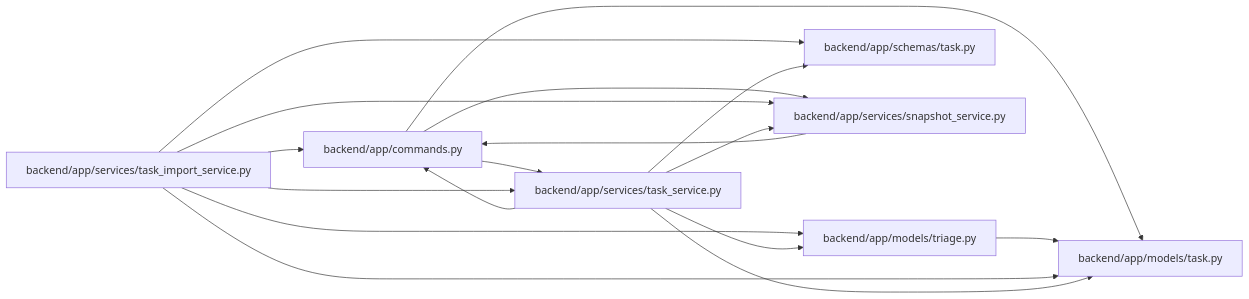
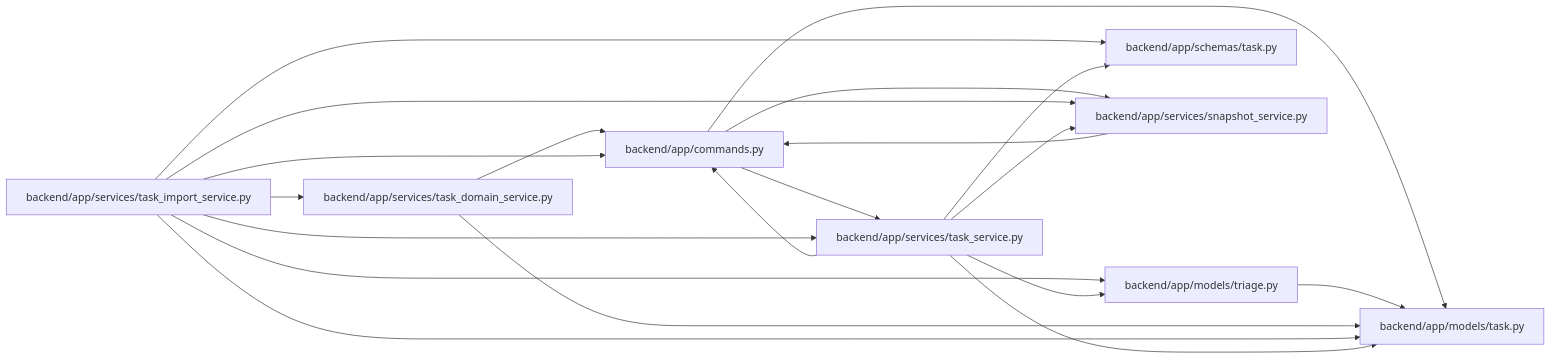
Before and after one commit to Denissvgn/WorkChord: the diagram in docs/llm_wiki/modules/task_import_service.md, drawn with Mermaid. The commit also changed other lines of this file and 1238 other files, not shown here.

First line of the commit message:
docs(wiki): publish compact canonical domain architecture

````diff
--- a/docs/llm_wiki/modules/task_import_service.md
+++ b/docs/llm_wiki/modules/task_import_service.md
@@ -26,33 +27,38 @@
 ```mermaid
 flowchart LR
     n0["backend/app/commands.py"]
     n1["backend/app/models/task.py"]
     n2["backend/app/models/triage.py"]
     n3["backend/app/schemas/task.py"]
     n4["backend/app/services/snapshot_service.py"]
-    n5["backend/app/services/task_import_service.py"]
-    n6["backend/app/services/task_service.py"]
+    n5["backend/app/services/task_domain_service.py"]
+    n6["backend/app/services/task_import_service.py"]
+    n7["backend/app/services/task_service.py"]
     n0 --> n1
     n0 --> n4
-    n0 --> n6
+    n0 --> n7
     n2 --> n1
     n4 --> n0
     n5 --> n0
     n5 --> n1
-    n5 --> n2
-    n5 --> n3
-    n5 --> n4
-    n5 --> n6
     n6 --> n0
     n6 --> n1
     n6 --> n2
     n6 --> n3
     n6 --> n4
+    n6 --> n5
+    n6 --> n7
+    n7 --> n0
+    n7 --> n1
+    n7 --> n2
+    n7 --> n3
+    n7 --> n4
     click n0 "../modules/commands.md"
     click n1 "../modules/models_task.md"
     click n2 "../modules/models_triage.md"
     click n3 "../modules/schemas_task.md"
     click n4 "../modules/snapshot_service.md"
-    click n5 "../modules/task_import_service.md"
-    click n6 "../modules/task_service.md"
+    click n5 "../modules/task_domain_service.md"
+    click n6 "../modules/task_import_service.md"
+    click n7 "../modules/task_service.md"
 ```
````
